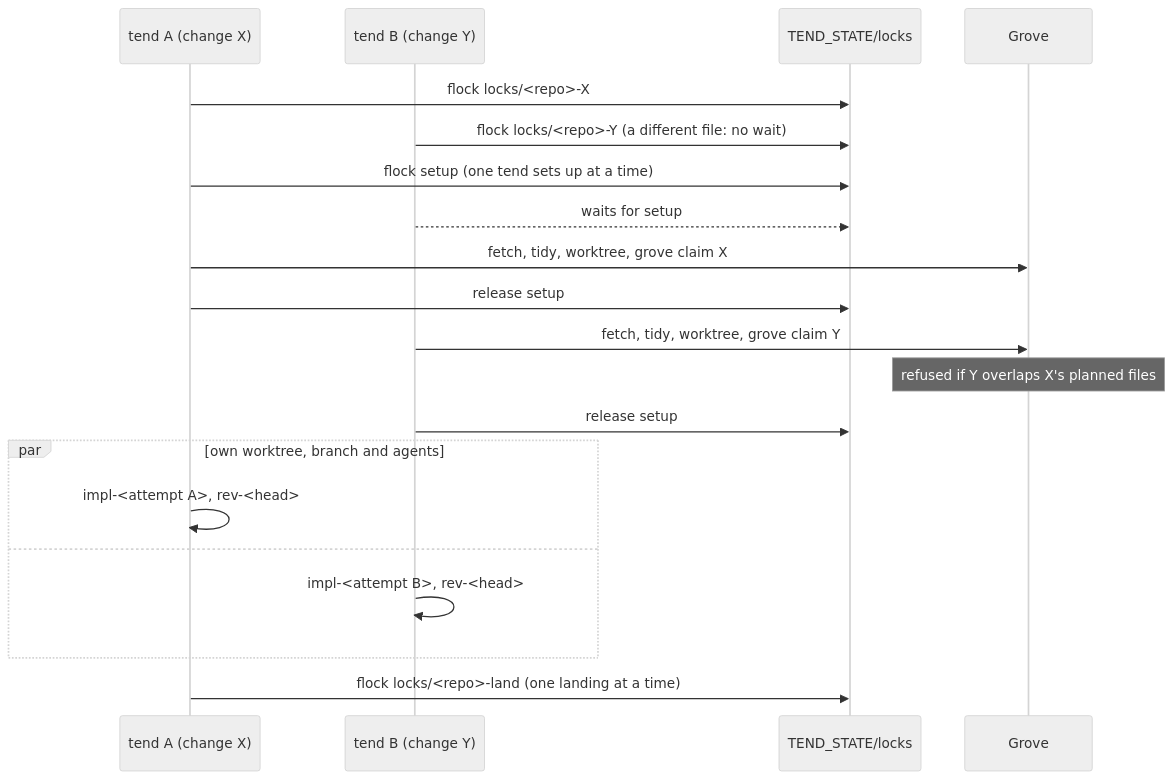
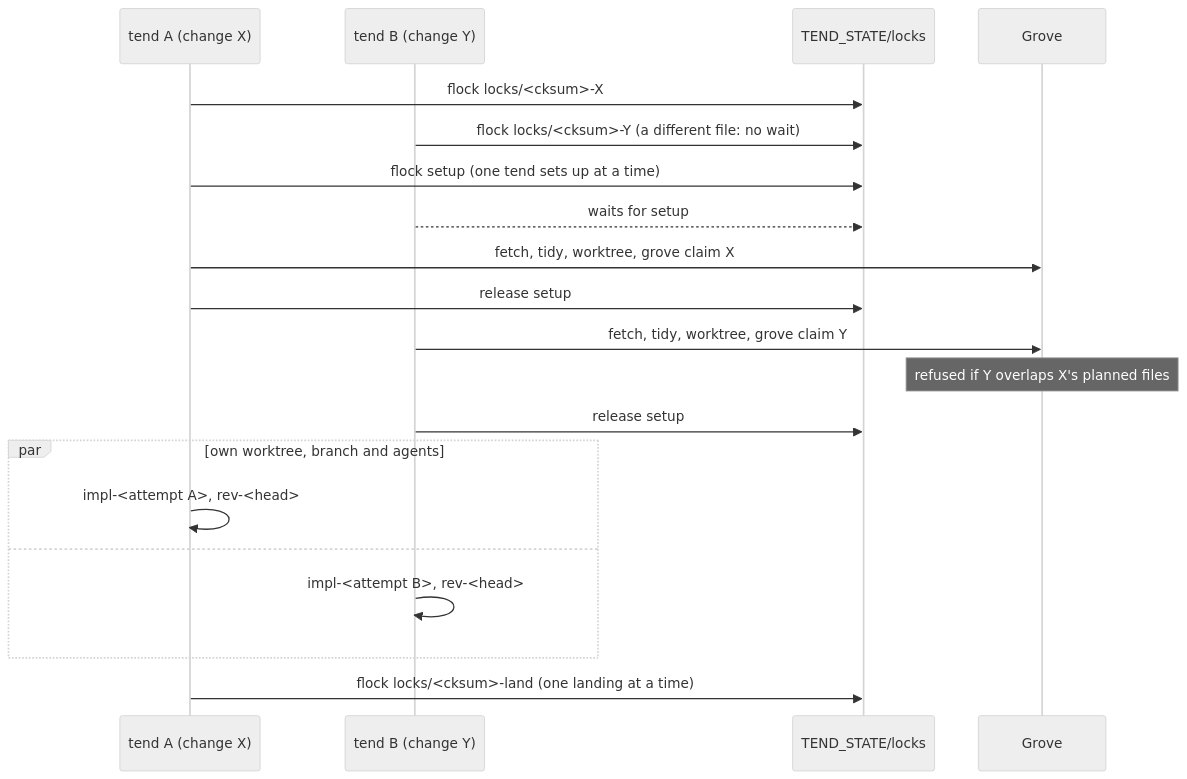
Before and after one commit to mascah/tend: the diagram in guide/concepts/locks.md, drawn with Mermaid (neutral theme). The commit also changed other lines of this file and 5 other files, not shown here.

````diff
--- a/guide/concepts/locks.md
+++ b/guide/concepts/locks.md
@@ -3,22 +3,22 @@
 ```mermaid
 sequenceDiagram
     participant A as tend A (change X)
     participant B as tend B (change Y)
     participant K as TEND_STATE/locks
     participant G as Grove
-    A->>K: flock locks/#lt;repo#gt;-X
-    B->>K: flock locks/#lt;repo#gt;-Y (a different file: no wait)
+    A->>K: flock locks/#lt;cksum#gt;-X
+    B->>K: flock locks/#lt;cksum#gt;-Y (a different file: no wait)
     A->>K: flock setup (one tend sets up at a time)
     B-->>K: waits for setup
     A->>G: fetch, tidy, worktree, grove claim X
     A->>K: release setup
     B->>G: fetch, tidy, worktree, grove claim Y
     Note over G: refused if Y overlaps X's planned files
     B->>K: release setup
     par own worktree, branch and agents
         A->>A: impl-#lt;attempt A#gt;, rev-#lt;head#gt;
     and
         B->>B: impl-#lt;attempt B#gt;, rev-#lt;head#gt;
     end
-    A->>K: flock locks/#lt;repo#gt;-land (one landing at a time)
+    A->>K: flock locks/#lt;cksum#gt;-land (one landing at a time)
 ```
````
